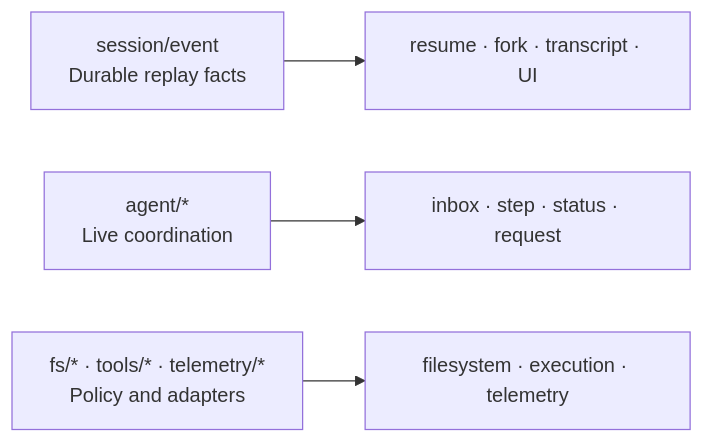
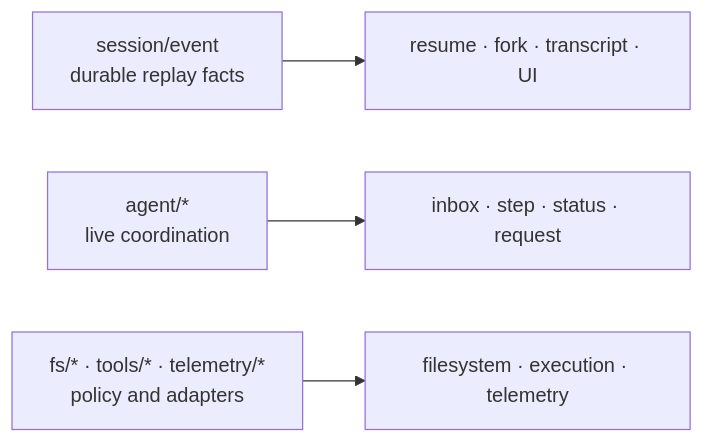
One commit to sandbaseai/deepseek-harness-handbook changed the fourth of 4 diagrams in docs/en/architecture/agent-runtime.md. Above: the diagram before and after it, drawn with Mermaid. The commit also changed other lines of this file and 4 other files, not shown here.

````diff
--- a/docs/en/architecture/agent-runtime.md
+++ b/docs/en/architecture/agent-runtime.md
@@ -56,9 +122,9 @@
 ```mermaid
 flowchart LR
-  Durable["session/event\nDurable replay facts"]
-  Live["agent/*\nLive coordination"]
-  Capability["fs/* · tools/* · telemetry/*\nPolicy and adapters"]
+  Durable["session/event<br/>durable replay facts"]
+  Live["agent/*<br/>live coordination"]
+  Capability["fs/* · tools/* · telemetry/*<br/>policy and adapters"]
   Durable --> Replay["resume · fork · transcript · UI"]
   Live --> Control["inbox · step · status · request"]
   Capability --> Effects["filesystem · execution · telemetry"]
 ```
````
